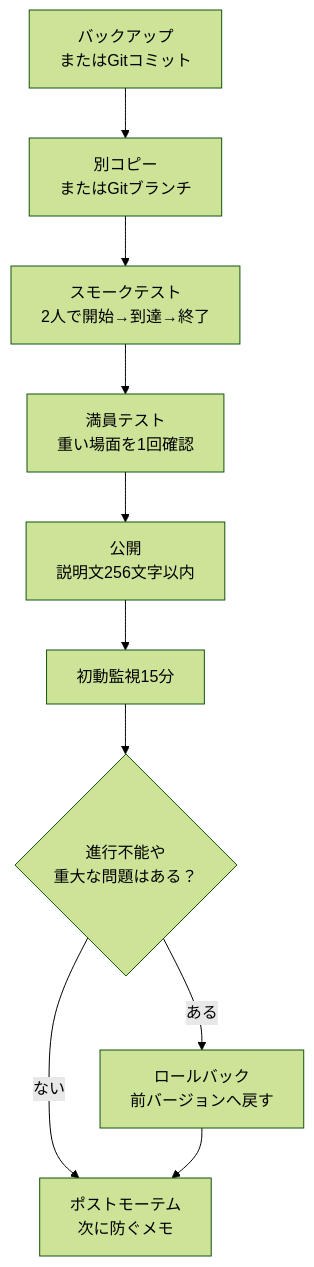
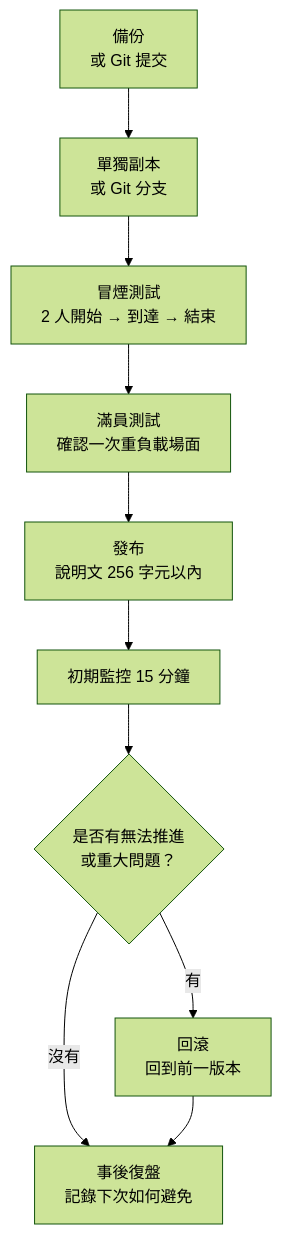
The diagram in content/locales/zh-TW/chapters/9-server.md (link1345/bf-portal-book), drawn with Mermaid (forest theme) before and after one commit. The commit also changed other lines of this file and 2 other files, not shown here.

````diff
--- a/content/locales/zh-TW/chapters/9-server.md
+++ b/content/locales/zh-TW/chapters/9-server.md
@@ -103,16 +103,16 @@
 ```mermaid
 flowchart TD
-  backup["バックアップ<br/>またはGitコミット"]
-  branch["別コピー<br/>またはGitブランチ"]
-  smoke["スモークテスト<br/>2人で開始→到達→終了"]
-  load["満員テスト<br/>重い場面を1回確認"]
-  publish["公開<br/>説明文256文字以内"]
-  watch["初動監視15分"]
-  issue{"進行不能や<br/>重大な問題はある？"}
-  rollback["ロールバック<br/>前バージョンへ戻す"]
-  memo["ポストモーテム<br/>次に防ぐメモ"]
+  backup["備份<br/>或 Git 提交"]
+  branch["單獨副本<br/>或 Git 分支"]
+  smoke["冒煙測試<br/>2 人開始 → 到達 → 結束"]
+  load["滿員測試<br/>確認一次重負載場面"]
+  publish["發布<br/>說明文 256 字元以內"]
+  watch["初期監控 15 分鐘"]
+  issue{"是否有無法推進<br/>或重大問題？"}
+  rollback["回滾<br/>回到前一版本"]
+  memo["事後復盤<br/>記錄下次如何避免"]
 
   backup --> branch --> smoke --> load --> publish --> watch --> issue
-  issue -- "ない" --> memo
-  issue -- "ある" --> rollback --> memo
+  issue -- "沒有" --> memo
+  issue -- "有" --> rollback --> memo
 ```
````
